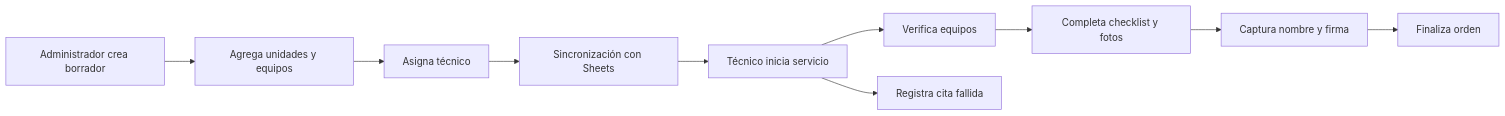
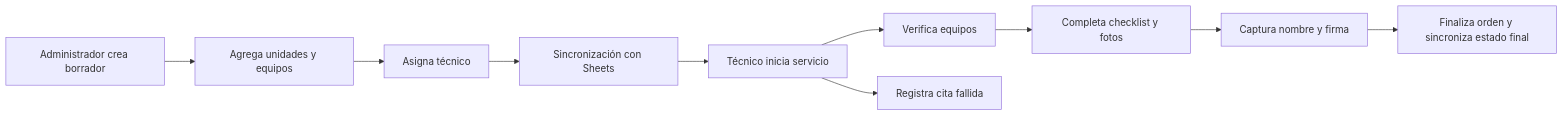
One commit to luistorres-idt/puk changed the first of 2 diagrams in README.md. Above: the diagram before and after it, drawn with Mermaid. The commit also changed other lines of this file and 9 other files, not shown here.

````diff
--- a/README.md
+++ b/README.md
@@ -56,12 +56,12 @@
 ```mermaid
 flowchart LR
     A[Administrador crea borrador] --> B[Agrega unidades y equipos]
     B --> C[Asigna técnico]
     C --> D[Sincronización con Sheets]
     D --> E[Técnico inicia servicio]
     E --> F[Verifica equipos]
     F --> G[Completa checklist y fotos]
     G --> H[Captura nombre y firma]
-    H --> I[Finaliza orden]
+    H --> I[Finaliza orden y sincroniza estado final]
     E --> J[Registra cita fallida]
 ```
````
